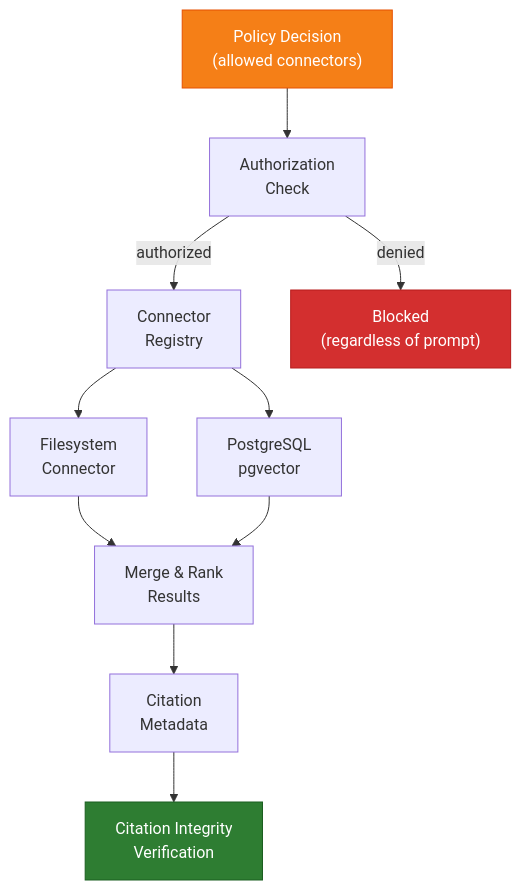
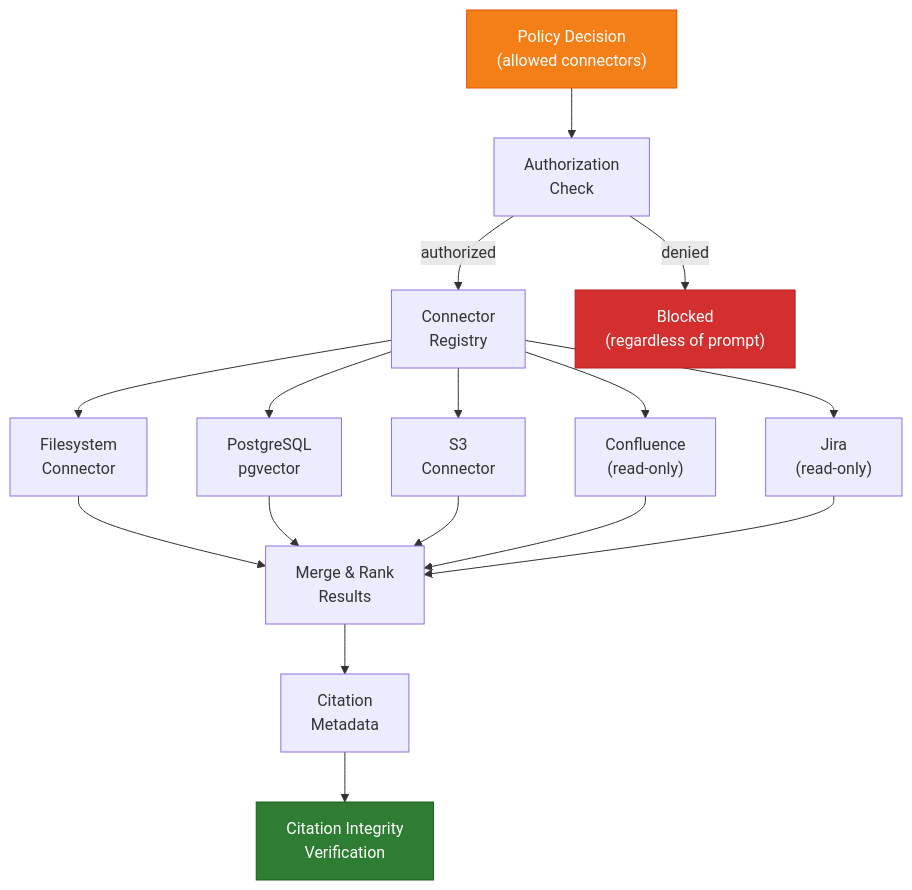
The sixth of 15 diagrams in README.md (ogulcanaydogan/Sovereign-RAG-Gateway), drawn with Mermaid before and after one commit. The commit also changed other lines of this file and 56 other files, not shown here.

````diff
--- a/README.md
+++ b/README.md
@@ -220,19 +226,25 @@
 ```mermaid
 graph TB
     POLICY["Policy Decision\n(allowed connectors)"] --> AUTH_CHECK["Authorization\nCheck"]
     AUTH_CHECK -- "authorized" --> REG["Connector\nRegistry"]
     AUTH_CHECK -- "denied" --> BLOCK["Blocked\n(regardless of prompt)"]
 
     REG --> FS["Filesystem\nConnector"]
     REG --> PG["PostgreSQL\npgvector"]
+    REG --> S3["S3\nConnector"]
+    REG --> CONFL["Confluence\n(read-only)"]
+    REG --> JIRA["Jira\n(read-only)"]
 
     FS --> MERGE["Merge & Rank\nResults"]
     PG --> MERGE
+    S3 --> MERGE
+    CONFL --> MERGE
+    JIRA --> MERGE
 
     MERGE --> CIT["Citation\nMetadata"]
     CIT --> VERIFY["Citation Integrity\nVerification"]
 
     style BLOCK fill:#d32f2f,color:#fff,stroke:#b71c1c
     style POLICY fill:#f57f17,color:#fff,stroke:#e65100
     style VERIFY fill:#2e7d32,color:#fff,stroke:#1b5e20
 ```
````
